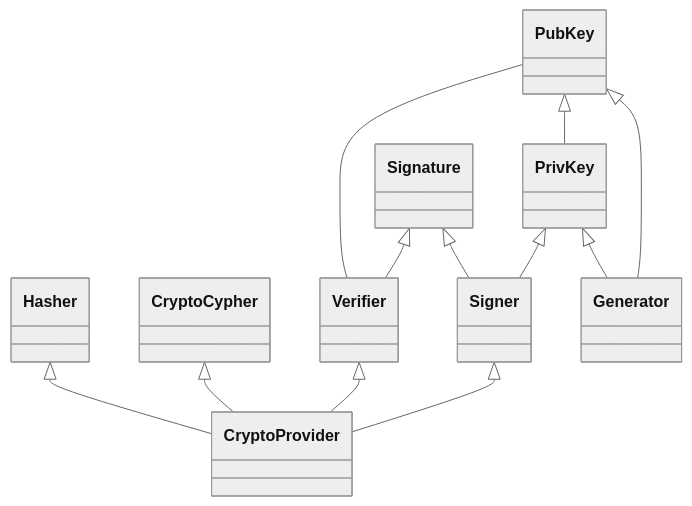
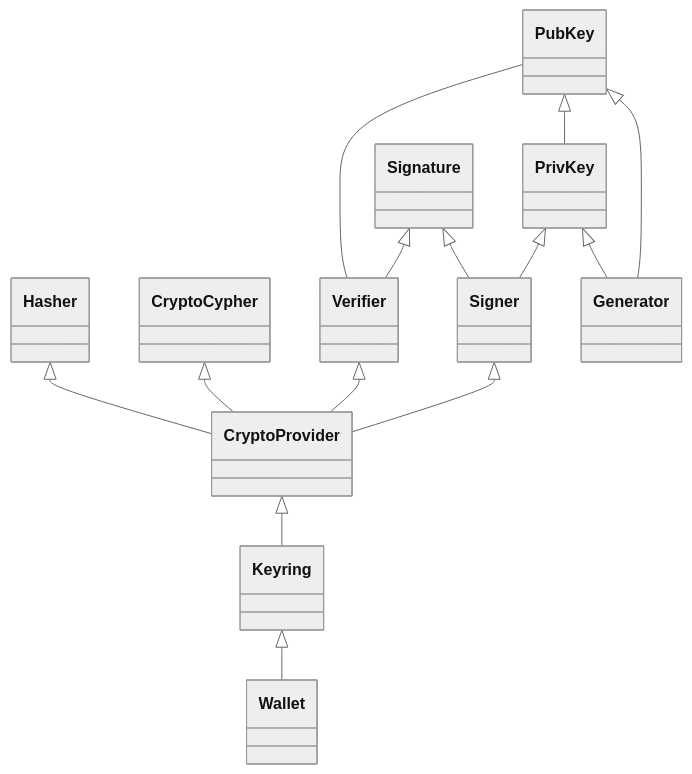
One commit to Zondax/cosmos-sdk changed the first of 6 diagrams in crypto/docs/adr.md. Above: the diagram before and after it, drawn with Mermaid (neutral theme). The commit also changed other lines of this file and 4 other files, not shown here.

````diff
--- a/crypto/docs/adr.md
+++ b/crypto/docs/adr.md
@@ -45,19 +45,22 @@
 ```mermaid
 classDiagram
+
+Keyring <|-- Wallet
+CryptoProvider <|-- Keyring
 
 Hasher <|-- CryptoProvider
 CryptoCypher <|-- CryptoProvider
 PubKey -- Verifier
 
 PubKey <|-- PrivKey
 PubKey <|-- Generator
 
 PrivKey <|-- Signer
 PrivKey <|-- Generator
 
 Signature <|-- Verifier
 Signature <|-- Signer
 
 Signer <|-- CryptoProvider
 Verifier <|-- CryptoProvider
 ```
````
